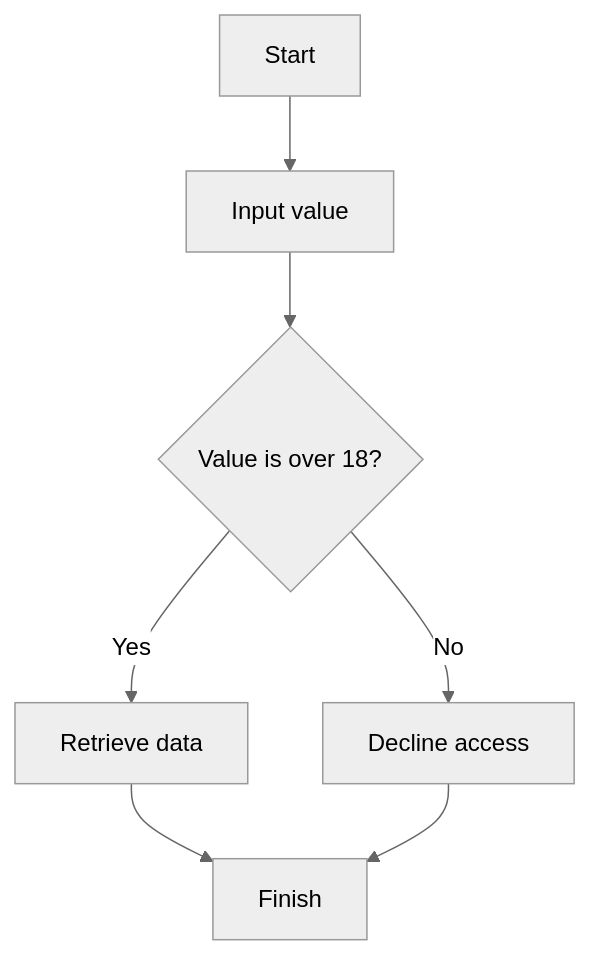
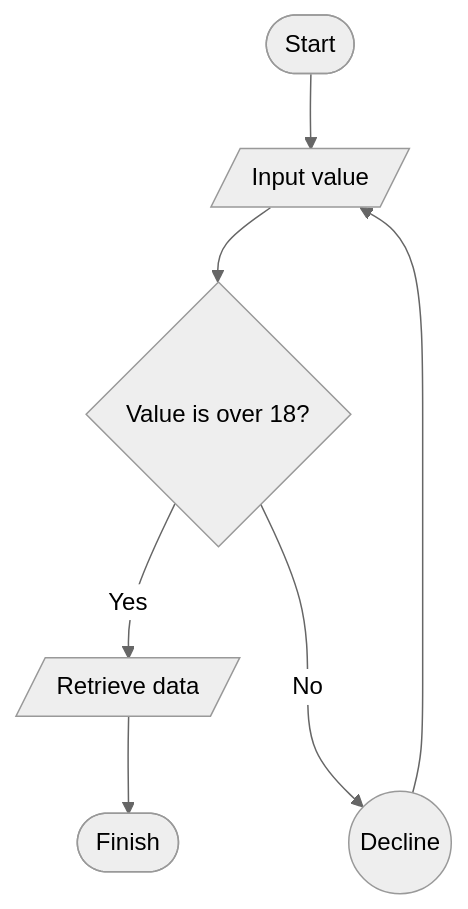
Before and after one commit to LucasBarretto86/LearningMermaid: diagram 24 of 24 in README.md, drawn with Mermaid (neutral theme). The commit also changed other lines of this file, not shown here.

Commit message:
Subgraph to flowcharts

````diff
--- a/README.md
+++ b/README.md
@@ -294,9 +359,9 @@
 ```mermaid
 graph TD
-  A[Start] --> B[Input value]
+  A([Start]) --> B[/Input value/]
   B --> C{Value is over 18?}
-  C --> |Yes| D[Retrieve data]
-  C --> |No| E[Decline access]
-  D --> F[Finish]
-  E --> F[Finish]
+  C --> |Yes| D[/Retrieve data/]
+  C ---> |No| E((Decline))
+  D --> F([Finish])
+  E --> B
 ```
````
